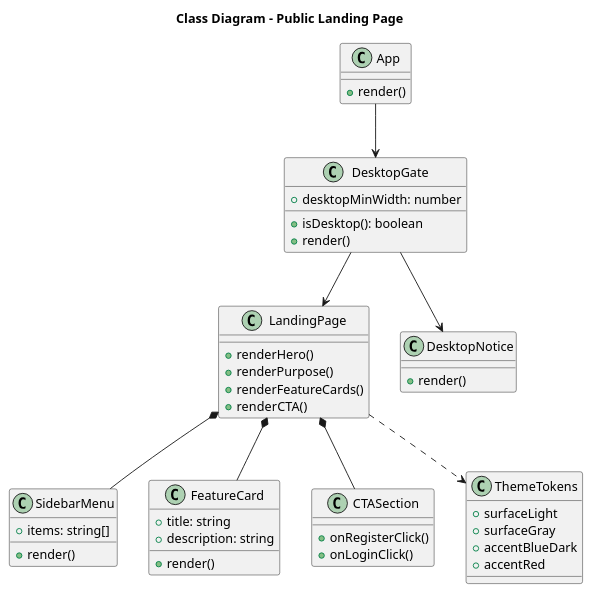
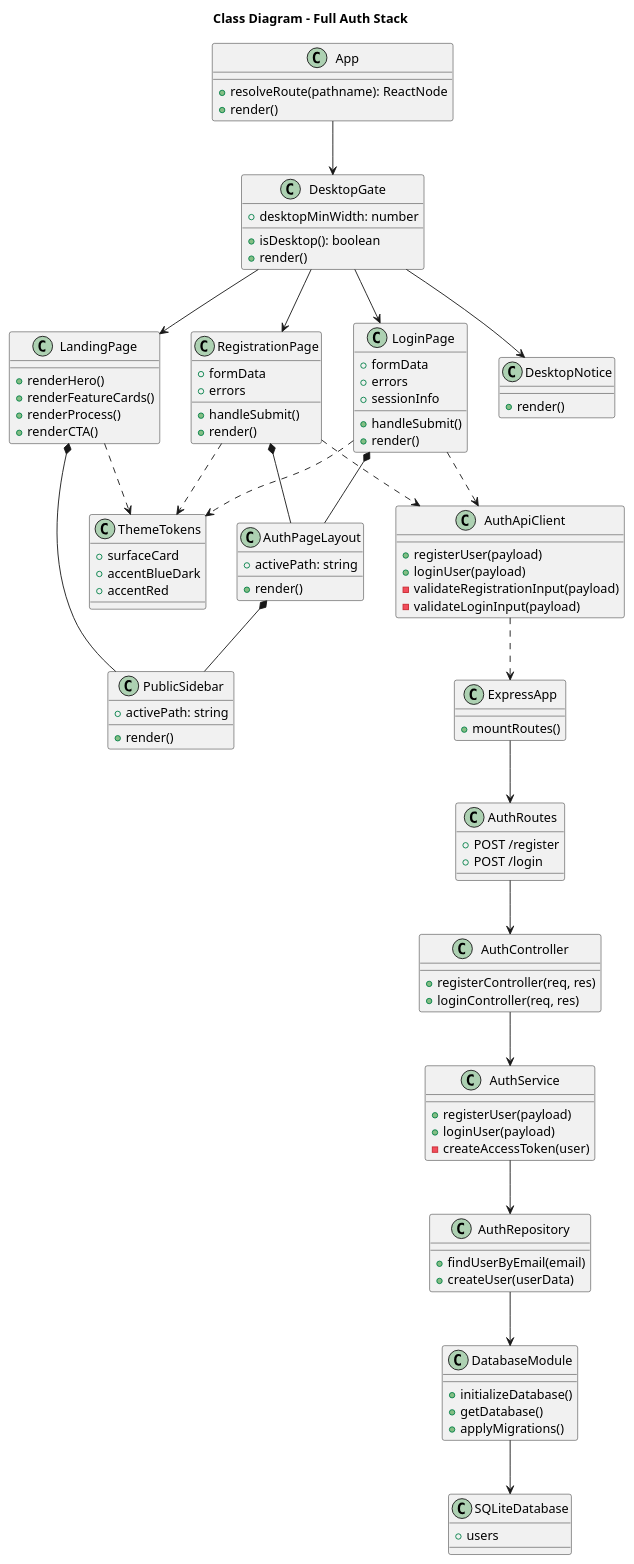
The diagram in Docs/architecture/class_diagram.puml (bagi002/INSPEKTOR), drawn with PlantUML before and after one commit. The commit also changed 45 other files, not shown here.

Commit message:
Dodate login i registration forme

```diff
--- a/Docs/architecture/class_diagram.puml
+++ b/Docs/architecture/class_diagram.puml
@@ -1,55 +1,124 @@
 @startuml Class Diagram
-title Class Diagram - Public Landing Page
+title Class Diagram - Full Auth Stack
 
 class App {
+  +resolveRoute(pathname): ReactNode
   +render()
 }
 
 class DesktopGate {
   +desktopMinWidth: number
   +isDesktop(): boolean
   +render()
 }
 
 class LandingPage {
   +renderHero()
-  +renderPurpose()
   +renderFeatureCards()
+  +renderProcess()
   +renderCTA()
+}
+
+class RegistrationPage {
+  +formData
+  +errors
+  +handleSubmit()
+  +render()
+}
+
+class LoginPage {
+  +formData
+  +errors
+  +sessionInfo
+  +handleSubmit()
+  +render()
+}
+
+class AuthApiClient {
+  +registerUser(payload)
+  +loginUser(payload)
+  -validateRegistrationInput(payload)
+  -validateLoginInput(payload)
+}
+
+class AuthPageLayout {
+  +activePath: string
+  +render()
+}
+
+class PublicSidebar {
+  +activePath: string
+  +render()
+}
+
+class ExpressApp {
+  +mountRoutes()
+}
+
+class AuthRoutes {
+  +POST /register
+  +POST /login
+}
+
+class AuthController {
+  +registerController(req, res)
+  +loginController(req, res)
+}
+
+class AuthService {
+  +registerUser(payload)
+  +loginUser(payload)
+  -createAccessToken(user)
+}
+
+class AuthRepository {
+  +findUserByEmail(email)
+  +createUser(userData)
+}
+
+class DatabaseModule {
+  +initializeDatabase()
+  +getDatabase()
+  +applyMigrations()
+}
+
+class SQLiteDatabase {
+  +users
 }
 
 class DesktopNotice {
   +render()
 }
 
-class SidebarMenu {
-  +items: string[]
-  +render()
-}
-
-class FeatureCard {
-  +title: string
-  +description: string
-  +render()
-}
-
-class CTASection {
-  +onRegisterClick()
-  +onLoginClick()
-}
-
 class ThemeTokens {
-  +surfaceLight
-  +surfaceGray
+  +surfaceCard
   +accentBlueDark
   +accentRed
 }
 
 App --> DesktopGate
 DesktopGate --> LandingPage
+DesktopGate --> RegistrationPage
+DesktopGate --> LoginPage
 DesktopGate --> DesktopNotice
-LandingPage *-- SidebarMenu
-LandingPage *-- FeatureCard
-LandingPage *-- CTASection
+
+LandingPage *-- PublicSidebar
+RegistrationPage *-- AuthPageLayout
+LoginPage *-- AuthPageLayout
+AuthPageLayout *-- PublicSidebar
+
+RegistrationPage ..> AuthApiClient
+LoginPage ..> AuthApiClient
+
 LandingPage ..> ThemeTokens
+RegistrationPage ..> ThemeTokens
+LoginPage ..> ThemeTokens
+
+AuthApiClient ..> ExpressApp
+ExpressApp --> AuthRoutes
+AuthRoutes --> AuthController
+AuthController --> AuthService
+AuthService --> AuthRepository
+AuthRepository --> DatabaseModule
+DatabaseModule --> SQLiteDatabase
 @enduml
```
